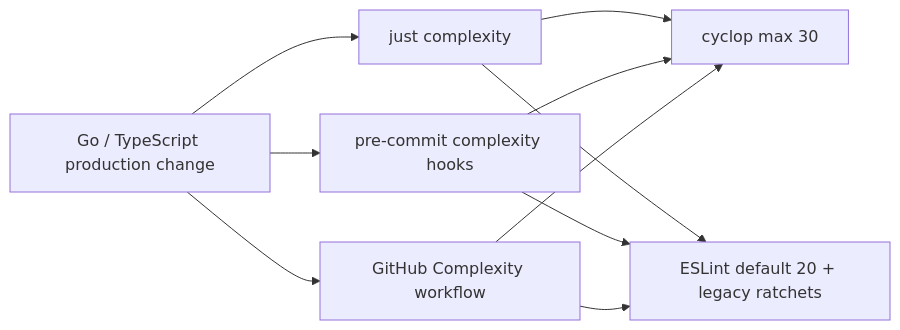
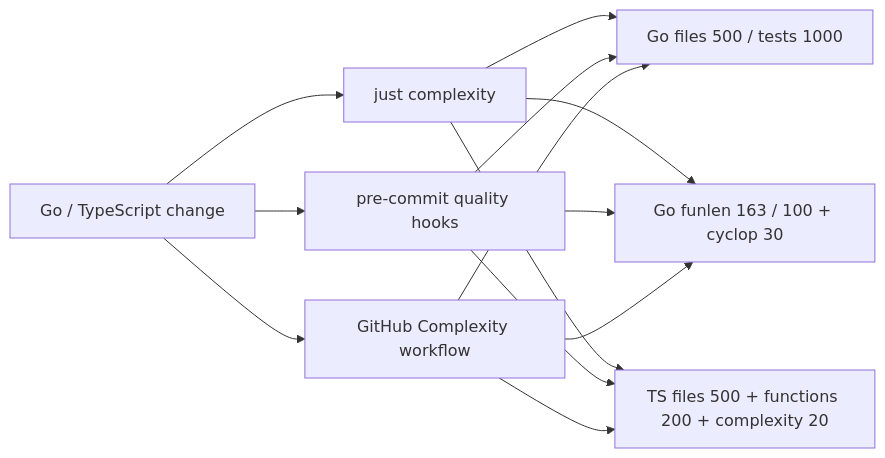
One commit to superduck-ai/open-managed-agents changed the diagram in docs/design/development-complexity-guardrails.md. Above: the diagram before and after it, drawn with Mermaid. The commit also changed other lines of this file and 10 other files, not shown here.

````diff
--- a/docs/design/development-complexity-guardrails.md
+++ b/docs/design/development-complexity-guardrails.md
@@ -24,12 +27,15 @@
 ```mermaid
 flowchart LR
-    Change["Go / TypeScript production change"] --> Local["just complexity"]
-    Change --> Hook["pre-commit complexity hooks"]
+    Change["Go / TypeScript change"] --> Local["just complexity"]
+    Change --> Hook["pre-commit quality hooks"]
     Change --> CI["GitHub Complexity workflow"]
-    Local --> Go["cyclop max 30"]
-    Hook --> Go
-    CI --> Go
-    Local --> Web["ESLint default 20 + legacy ratchets"]
+    Local --> GoFile["Go files 500 / tests 1000"]
+    Hook --> GoFile
+    CI --> GoFile
+    Local --> GoFunction["Go funlen 163 / 100 + cyclop 30"]
+    Hook --> GoFunction
+    CI --> GoFunction
+    Local --> Web["TS files 500 + functions 200 + complexity 20"]
     Hook --> Web
     CI --> Web
 ```
````
